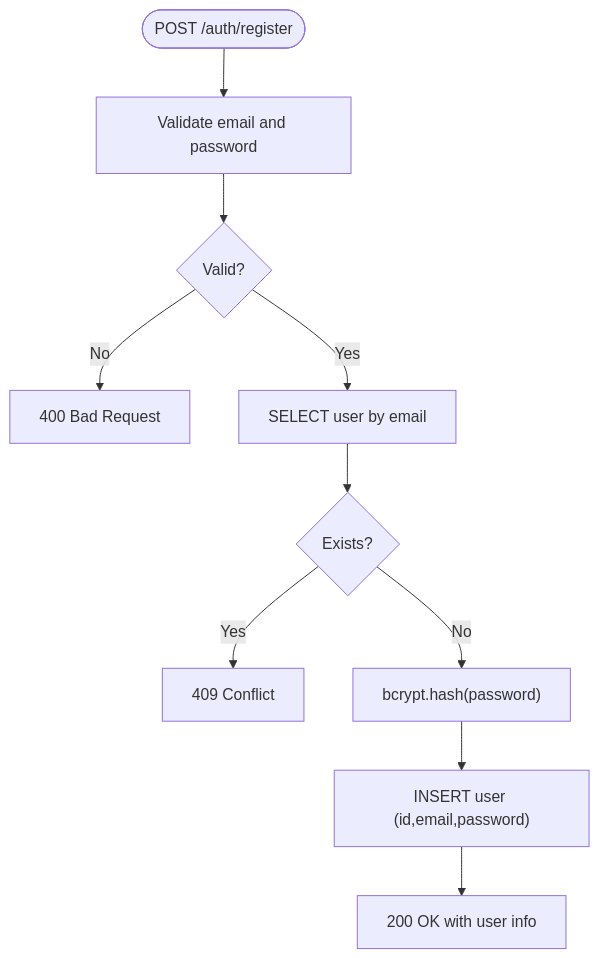
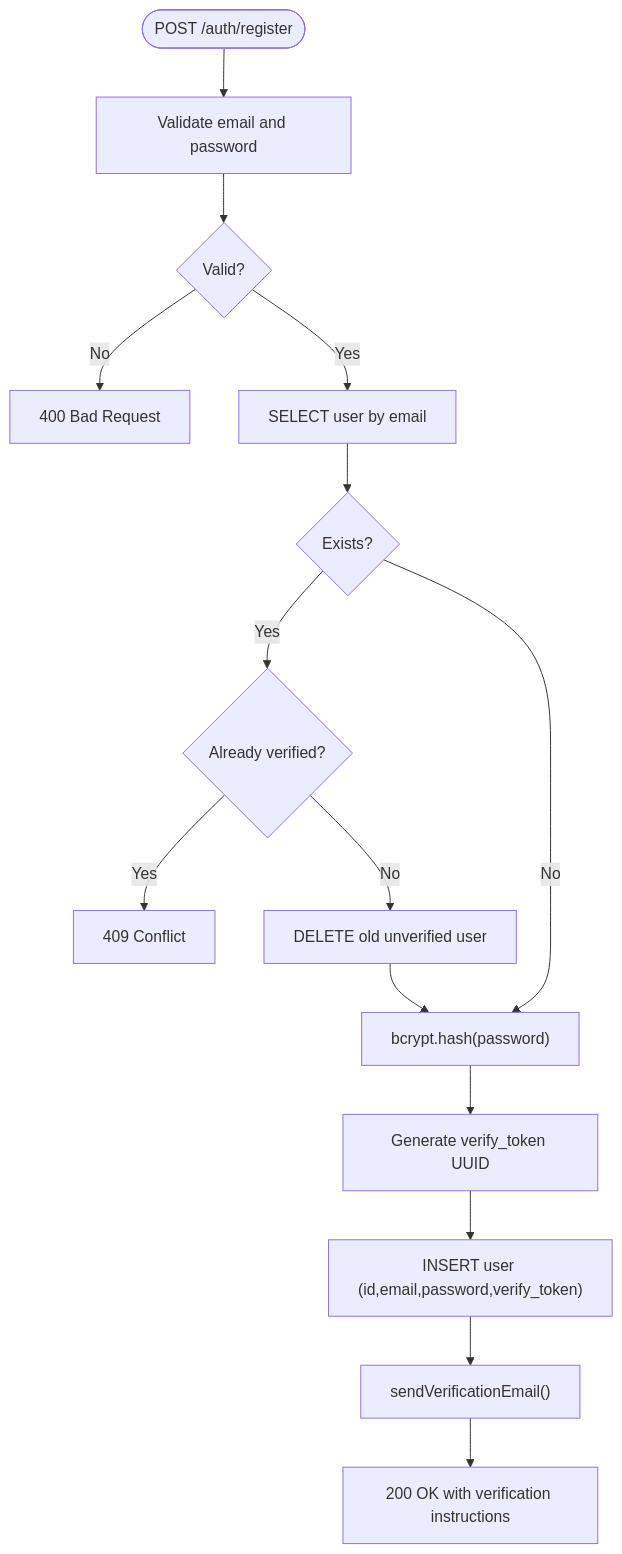
Before and after one commit to ikramhh/signvue-project: the fourth of 14 diagrams in .qoder/repowiki/en/content/Authentication Service.md, drawn with Mermaid. The commit also changed other lines of this file and 4 other files, not shown here.

````diff
--- a/.qoder/repowiki/en/content/Authentication Service.md
+++ b/.qoder/repowiki/en/content/Authentication Service.md
@@ -154,12 +173,17 @@
 ```mermaid
 flowchart TD
 Start(["POST /auth/register"]) --> Validate["Validate email and password"]
 Validate --> Valid{"Valid?"}
 Valid --> |No| Err400["400 Bad Request"]
 Valid --> |Yes| CheckDup["SELECT user by email"]
 CheckDup --> Exists{"Exists?"}
-Exists --> |Yes| Err409["409 Conflict"]
-Exists --> |No| Hash["bcrypt.hash(password)"]
-Hash --> Insert["INSERT user (id,email,password)"]
-Insert --> Ok["200 OK with user info"]
+Exists --> |Yes| Verified{"Already verified?"}
+Verified --> |Yes| Err409["409 Conflict"]
+Verified --> |No| DeleteOld["DELETE old unverified user"]
+DeleteOld --> Hash["bcrypt.hash(password)"]
+Exists --> |No| Hash
+Hash --> GenToken["Generate verify_token UUID"]
+GenToken --> Insert["INSERT user (id,email,password,verify_token)"]
+Insert --> SendEmail["sendVerificationEmail()"]
+SendEmail --> Ok["200 OK with verification instructions"]
 ```
````
